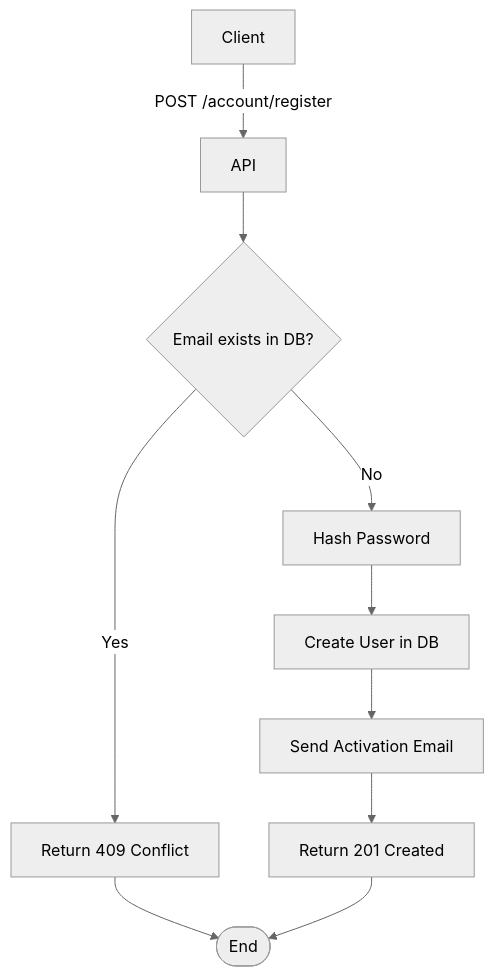
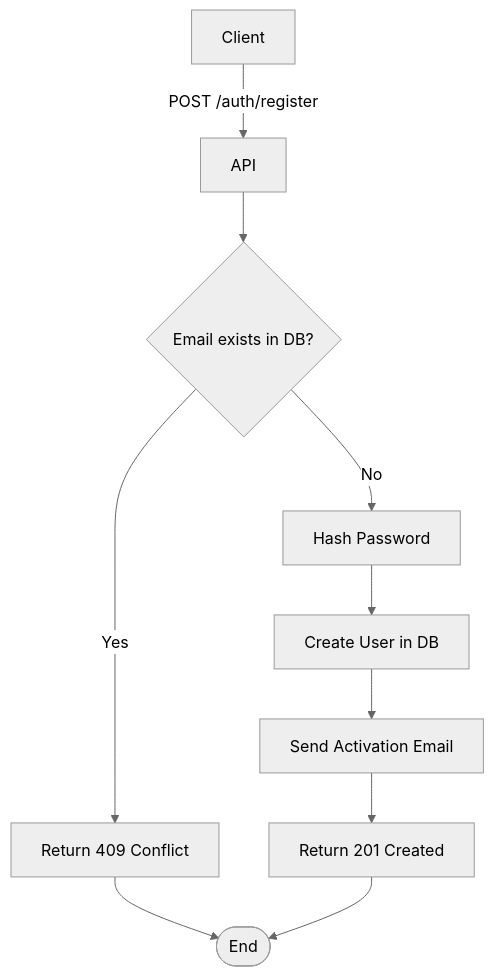
The diagram in apps/doc/src/content/api/auth/register-user.mdx (leandroluk/investor), drawn with Mermaid (neutral theme) before and after one commit. The commit also changed other lines of this file and 132 other files, not shown here.

````diff
--- a/apps/doc/src/content/api/auth/register-user.mdx
+++ b/apps/doc/src/content/api/auth/register-user.mdx
@@ -31,12 +31,12 @@
 ```mermaid
 flowchart TD
-    A["Client"] -- "POST /account/register" --> B["API"]
+    A["Client"] -- "POST /auth/register" --> B["API"]
     B --> C{"Email exists in DB?"}
     C -- "Yes" --> D["Return 409 Conflict"]
     D --> End([End])
     C -- "No" --> E["Hash Password"]
     E --> F["Create User in DB"]
     F --> G["Send Activation Email"]
     G --> H["Return 201 Created"]
     H --> End
 ```
````
